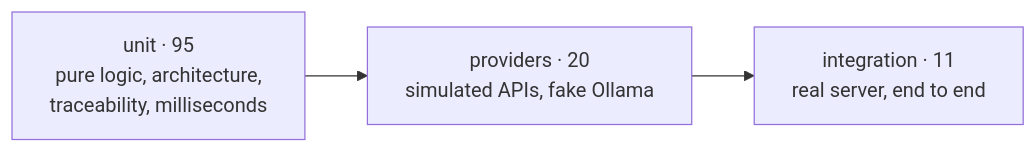
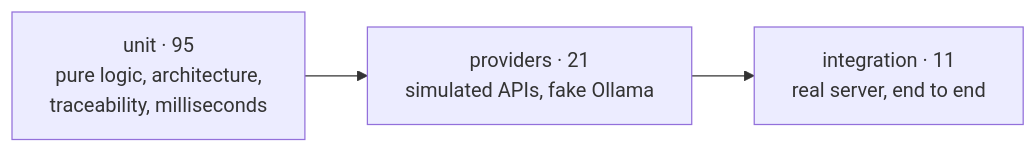
Diagram 13 of 15 in README.md (ada-school/ada-harness), drawn with Mermaid before and after one commit. The commit also changed other lines of this file and 5 other files, not shown here.

````diff
--- a/README.md
+++ b/README.md
@@ -656,4 +656,4 @@
 ```mermaid
 flowchart LR
-    U["unit · 95<br/>pure logic, architecture,<br/>traceability, milliseconds"] --> P["providers · 20<br/>simulated APIs, fake Ollama"] --> I["integration · 11<br/>real server, end to end"]
+    U["unit · 95<br/>pure logic, architecture,<br/>traceability, milliseconds"] --> P["providers · 21<br/>simulated APIs, fake Ollama"] --> I["integration · 11<br/>real server, end to end"]
 ```
````
